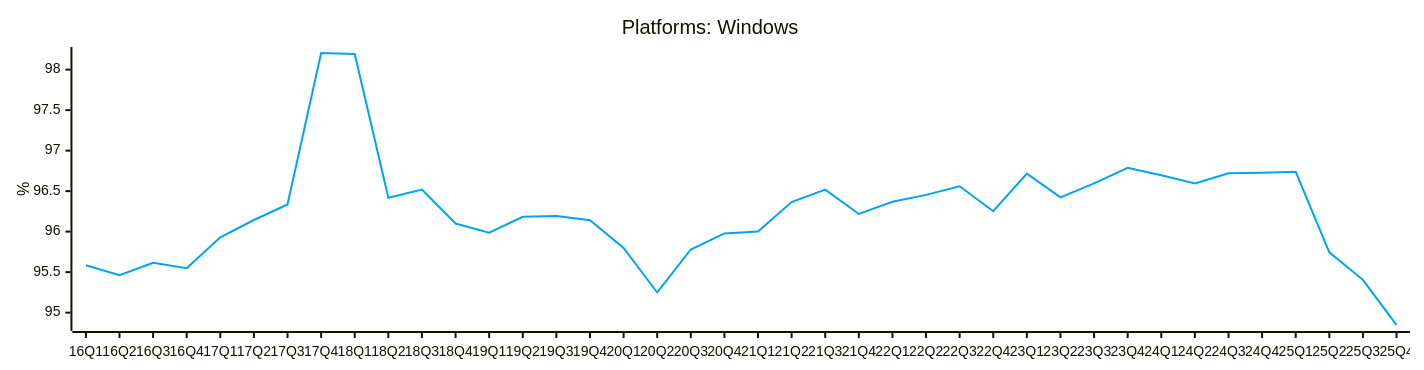
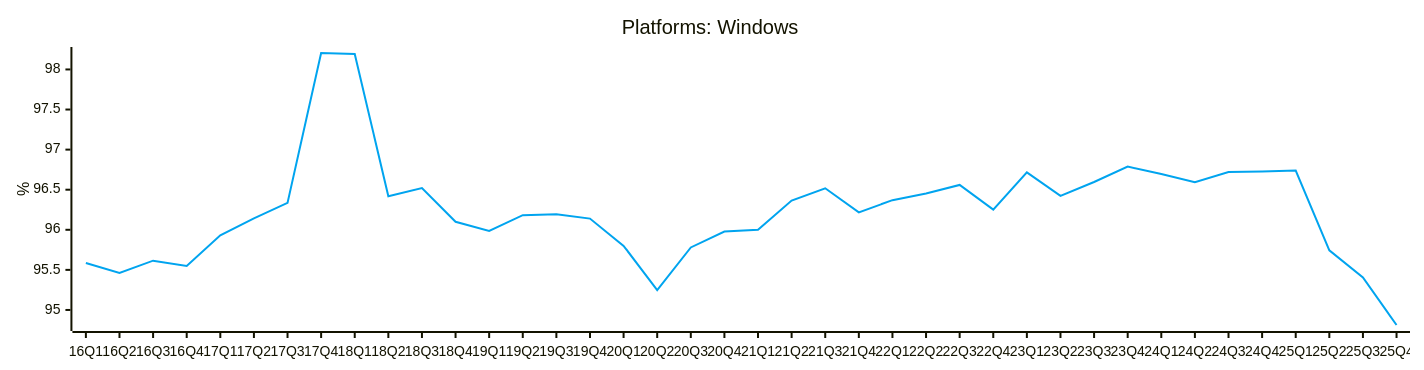
Diagram 11 of 24 in README.md (jdegene/steamHWsurvey), drawn with Mermaid before and after one commit. The commit also changed other lines of this file and 3 other files, not shown here.

````diff
--- a/README.md
+++ b/README.md
@@ -361,19 +361,19 @@
 ```mermaid
 ---
 config:
     xyChart:
         width: 1400
         height: 350
         
     themeVariables:
         xyChart:
             plotColorPalette: "#00A4EF"
 
 --- 
 
 xychart-beta
     title "Platforms: Windows"
     x-axis [16Q1, 16Q2, 16Q3, 16Q4, 17Q1, 17Q2, 17Q3, 17Q4, 18Q1, 18Q2, 18Q3, 18Q4, 19Q1, 19Q2, 19Q3, 19Q4, 20Q1, 20Q2, 20Q3, 20Q4, 21Q1, 21Q2, 21Q3, 21Q4, 22Q1, 22Q2, 22Q3, 22Q4, 23Q1, 23Q2, 23Q3, 23Q4, 24Q1, 24Q2, 24Q3, 24Q4, 25Q1, 25Q2, 25Q3, 25Q4]
     y-axis "%" 
-    line [95.58490062691743, 95.46121760937754, 95.61491327028531, 95.54792996655662, 95.93077157802871, 96.14358153189218, 96.33579735211399, 98.2051556994227, 98.19224868254287, 96.41927606149703, 96.5195047886008, 96.09970461570235, 95.98653029864667, 96.18231901638656, 96.1924850487725, 96.13973260690635, 95.79966074962071, 95.24887243795703, 95.77968082937306, 95.97729984600053, 96.00093389366951, 96.3644960136504, 96.51791074644787, 96.21786476146109, 96.36945418071323, 96.45358462278666, 96.559659973536, 96.25178127450455, 96.71672771330697, 96.42300386215726, 96.59644556741958, 96.78761180751577, 96.69704930026714, 96.59410712782618, 96.72038365912319, 96.72614773948945, 96.73812324746858, 95.74425762677885, 95.4048291732717, 94.84742371185592]
+    line [95.58490062691743, 95.46121760937754, 95.61491327028531, 95.54792996655662, 95.93077157802871, 96.14358153189218, 96.33579735211399, 98.2051556994227, 98.19224868254287, 96.41927606149703, 96.5195047886008, 96.09970461570235, 95.98653029864667, 96.18231901638656, 96.1924850487725, 96.13973260690635, 95.79966074962071, 95.24887243795703, 95.77968082937306, 95.97729984600053, 96.00093389366951, 96.3644960136504, 96.51791074644787, 96.21786476146109, 96.36945418071323, 96.45358462278666, 96.559659973536, 96.25178127450455, 96.71672771330697, 96.42300386215726, 96.59644556741958, 96.78761180751577, 96.69704930026714, 96.59410712782618, 96.72038365912319, 96.72614773948945, 96.73812324746858, 95.74425762677885, 95.4048291732717, 94.81240620310155]
 ``` 
````
